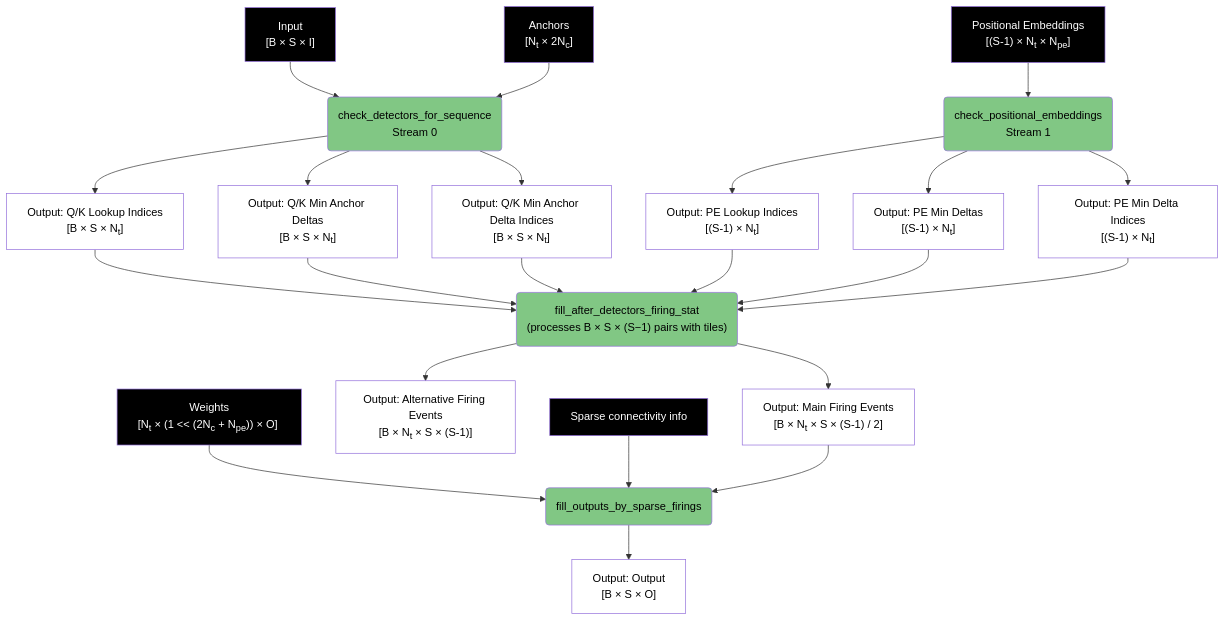
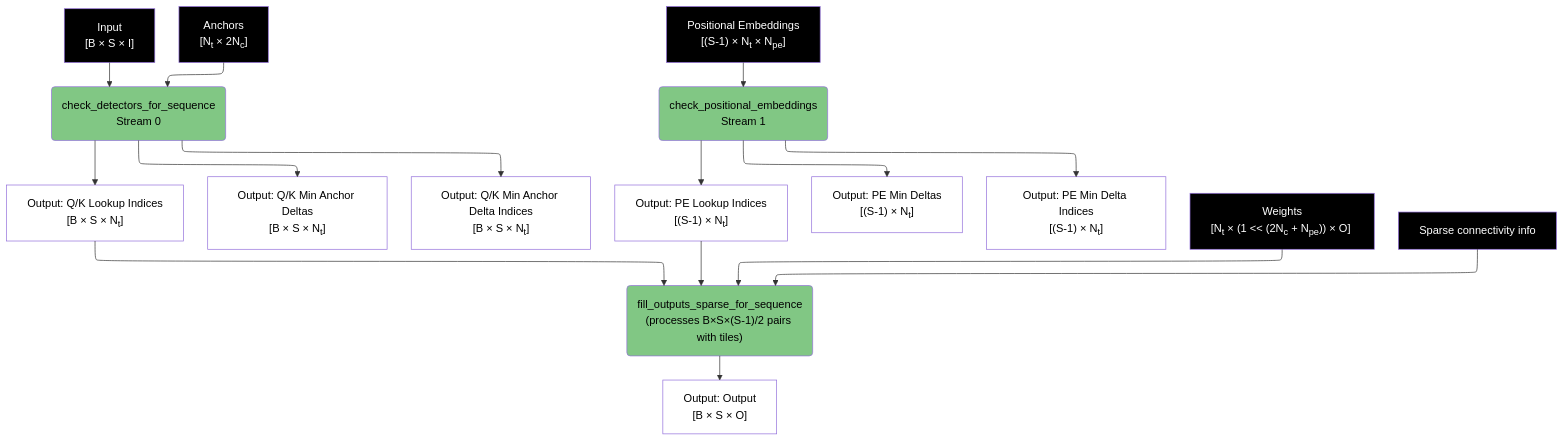
The sixth of 8 diagrams in spiky_cuda/lut/doc/LUT_RUNTIME_DATA_FLOW.md (anatoli-starostin/spiky), drawn with Mermaid before and after one commit. The commit also changed other lines of this file and 1 other file, not shown here.

````diff
--- a/spiky_cuda/lut/doc/LUT_RUNTIME_DATA_FLOW.md
+++ b/spiky_cuda/lut/doc/LUT_RUNTIME_DATA_FLOW.md
@@ -209,49 +214,39 @@
 ```mermaid
+%%{init: { "flowchart": { "defaultRenderer": "elk" } }}%%
 flowchart TD
     A["Input<br/>[B × S × I]"] --> B("check_detectors_for_sequence<br/>Stream 0")
     D5["Anchors<br/>[N<sub>t</sub> × 2N<sub>c</sub>]"] --> B
     C["Positional Embeddings<br/>[(S-1) × N<sub>t</sub> × N<sub>pe</sub>]"] --> D("check_positional_embeddings<br/>Stream 1")
     
     B --> E["Output: Q/K Lookup Indices<br/>[B × S × N<sub>t</sub>]"]
     B --> F["Output: Q/K Min Anchor Deltas<br/>[B × S × N<sub>t</sub>]"]
     B --> G["Output: Q/K Min Anchor Delta Indices<br/>[B&nbsp;×&nbsp;S&nbsp;×&nbsp;N<sub>t</sub>]"]
     
     D --> H["Output: PE Lookup Indices<br/>[(S-1) × N<sub>t</sub>]"]
     D --> I["Output: PE Min Deltas<br/>[(S-1) × N<sub>t</sub>]"]
     D --> J["Output: PE Min Delta Indices<br/>[(S-1) × N<sub>t</sub>]"]
     
-    E --> K("fill_after_detectors_firing_stat<br/>(processes&nbsp;B&nbsp;×&nbsp;S&nbsp;×&nbsp;(S&minus;1)&nbsp;pairs&nbsp;with&nbsp;tiles)")
-    F --> K
-    G --> K
+    E --> K("fill_outputs_sparse_for_sequence<br/>(processes B×S×(S-1)/2 pairs with tiles)")
     H --> K
-    I --> K
-    J --> K
     
-    K --> N["Output: Main Firing Events<br/>[B × N<sub>t</sub> × S × (S-1) / 2]"]
-    K --> O["Output: Alternative Firing Events<br/>[B × N<sub>t</sub> × S × (S-1)]"]
+    W5["Weights<br/>[N<sub>t</sub>&nbsp;×&nbsp;(1&nbsp;<<&nbsp;(2N<sub>c</sub>&nbsp;+&nbsp;N<sub>pe</sub>))&nbsp;×&nbsp;O]&nbsp;"] --> K
+    SC3["Sparse connectivity info"] --> K
     
-    W5["Weights<br/>[N<sub>t</sub>&nbsp;×&nbsp;(1&nbsp;<<&nbsp;(2N<sub>c</sub>&nbsp;+&nbsp;N<sub>pe</sub>))&nbsp;×&nbsp;O]&nbsp;"] --> P(fill_outputs_by_sparse_firings)
-    SC3["Sparse connectivity info"] --> P
-    N --> P
-    
-    P --> Q["Output: Output<br/>[B × S × O]"]
+    K --> Q["Output: Output<br/>[B × S × O]"]
     
     style B fill:#81c784,color:#000000
     style D fill:#81c784,color:#000000
     style K fill:#81c784,color:#000000
-    style P fill:#81c784,color:#000000
     style A fill:#000000,color:#ffffff
     style C fill:#000000,color:#ffffff
     style D5 fill:#000000,color:#ffffff
     style SC3 fill:#000000,color:#ffffff
     style W5 fill:#000000,color:#ffffff
     style E fill:#ffffff,color:#000000
     style F fill:#ffffff,color:#000000
     style G fill:#ffffff,color:#000000
     style H fill:#ffffff,color:#000000
     style I fill:#ffffff,color:#000000
     style J fill:#ffffff,color:#000000
-    style N fill:#ffffff,color:#000000
-    style O fill:#ffffff,color:#000000
     style Q fill:#ffffff,color:#000000
 ```
````
